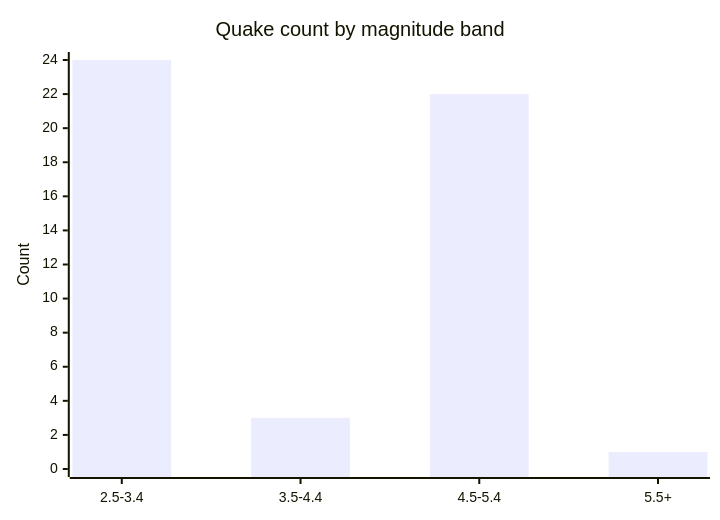
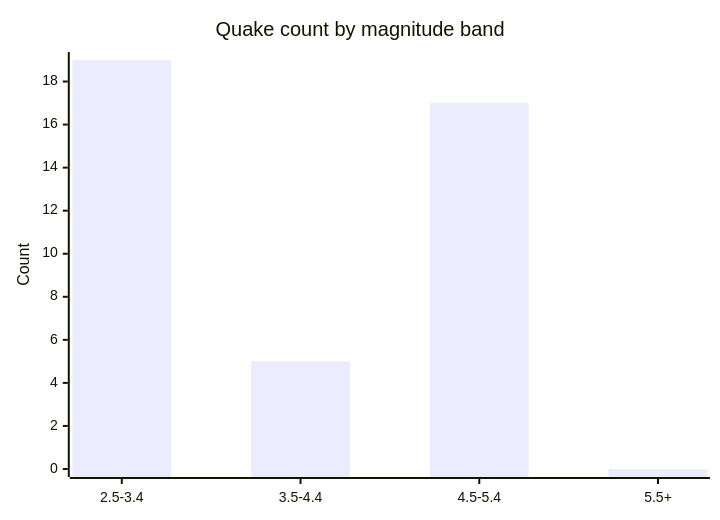
One commit to Midwest-Stratospheric/aerostratospheric-defense-gir changed the fifth of 6 diagrams in docs/GRAPHS.md. Above: the diagram before and after it, drawn with Mermaid. The commit also changed other lines of this file and 25 other files, not shown here.

````diff
--- a/docs/GRAPHS.md
+++ b/docs/GRAPHS.md
@@ -82,7 +82,7 @@
 ```mermaid
 xychart-beta
   title "Quake count by magnitude band"
   x-axis ["2.5-3.4", "3.5-4.4", "4.5-5.4", "5.5+"]
-  y-axis "Count" 0 --> 24
-  bar [24, 3, 22, 1]
+  y-axis "Count" 0 --> 19
+  bar [19, 5, 17, 0]
 ```
````
